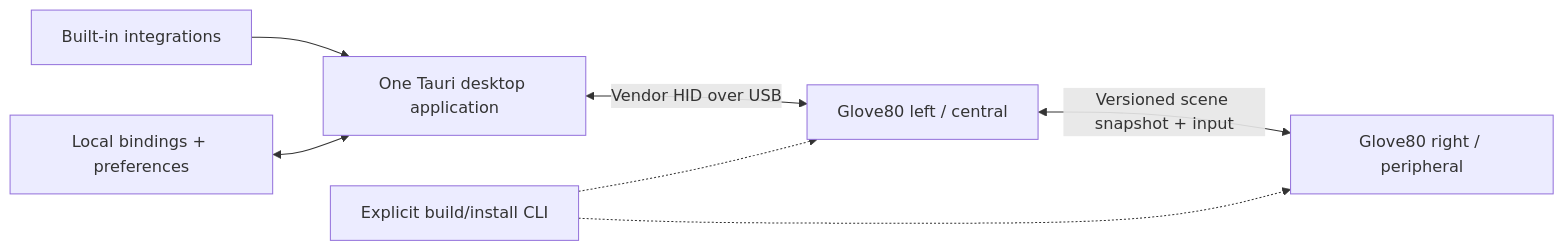
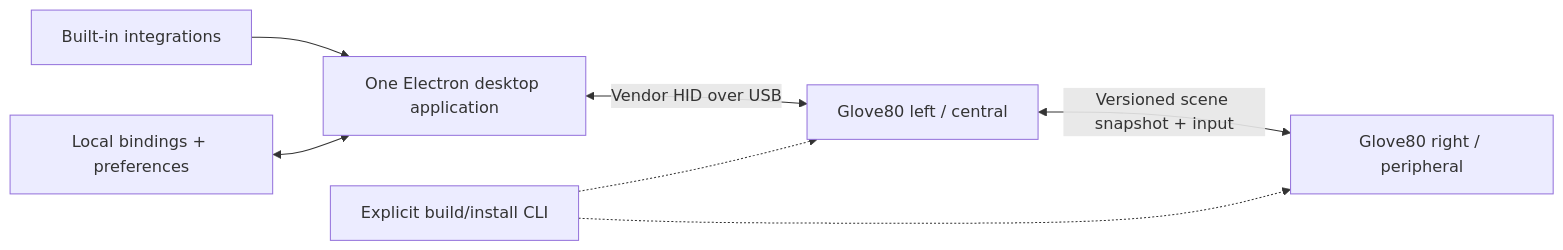
The diagram in docs/architecture.md (ralfboltshauser/glove80-control-surface), drawn with Mermaid before and after one commit. The commit also changed other lines of this file and 104 other files, not shown here.

````diff
--- a/docs/architecture.md
+++ b/docs/architecture.md
@@ -5,9 +5,9 @@
 ```mermaid
 flowchart LR
-    Integrations["Built-in integrations"] --> App["One Tauri desktop application"]
+    Integrations["Built-in integrations"] --> App["One Electron desktop application"]
     Config["Local bindings + preferences"] <--> App
     App <-->|"Vendor HID over USB"| Central["Glove80 left / central"]
     Central <-->|"Versioned scene snapshot + input"| Peripheral["Glove80 right / peripheral"]
     Build["Explicit build/install CLI"] -.-> Central
     Build -.-> Peripheral
 ```
````
